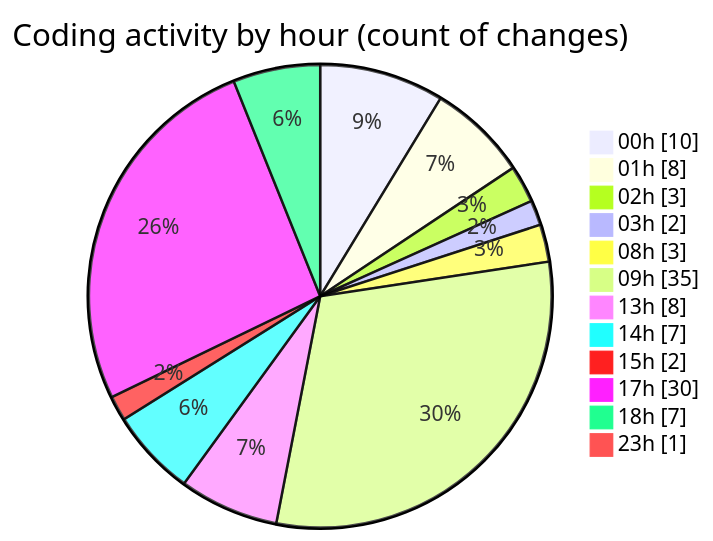
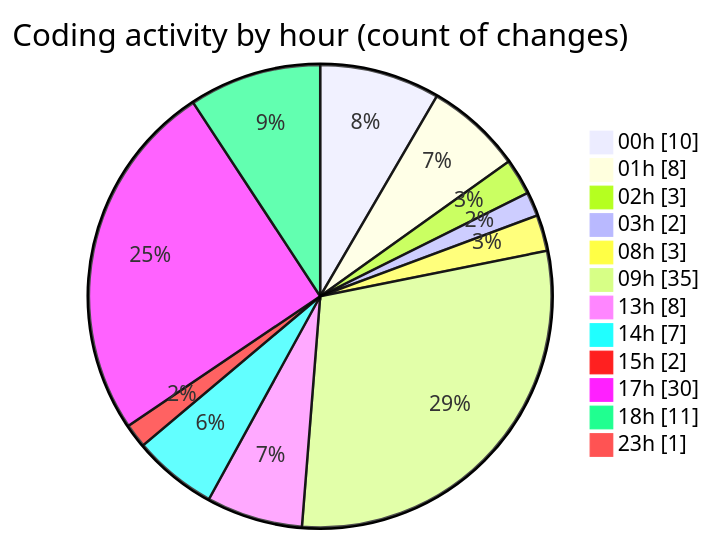
Before and after one commit to tmsrecording-cyber/code-tracking: the second of 2 diagrams in 2026-02-09/singularitybrainai/README.md, drawn with Mermaid. The commit also changed other lines of this file and 1 other file, not shown here.

````diff
--- a/2026-02-09/singularitybrainai/README.md
+++ b/2026-02-09/singularitybrainai/README.md
@@ -43,16 +44,16 @@
 ```mermaid
 pie showData
 title Coding activity by hour (count of changes)
 "00h" : 10
 "01h" : 8
 "02h" : 3
 "03h" : 2
 "08h" : 3
 "09h" : 35
 "13h" : 8
 "14h" : 7
 "15h" : 2
 "17h" : 30
-"18h" : 7
+"18h" : 11
 "23h" : 1
 ```
````
